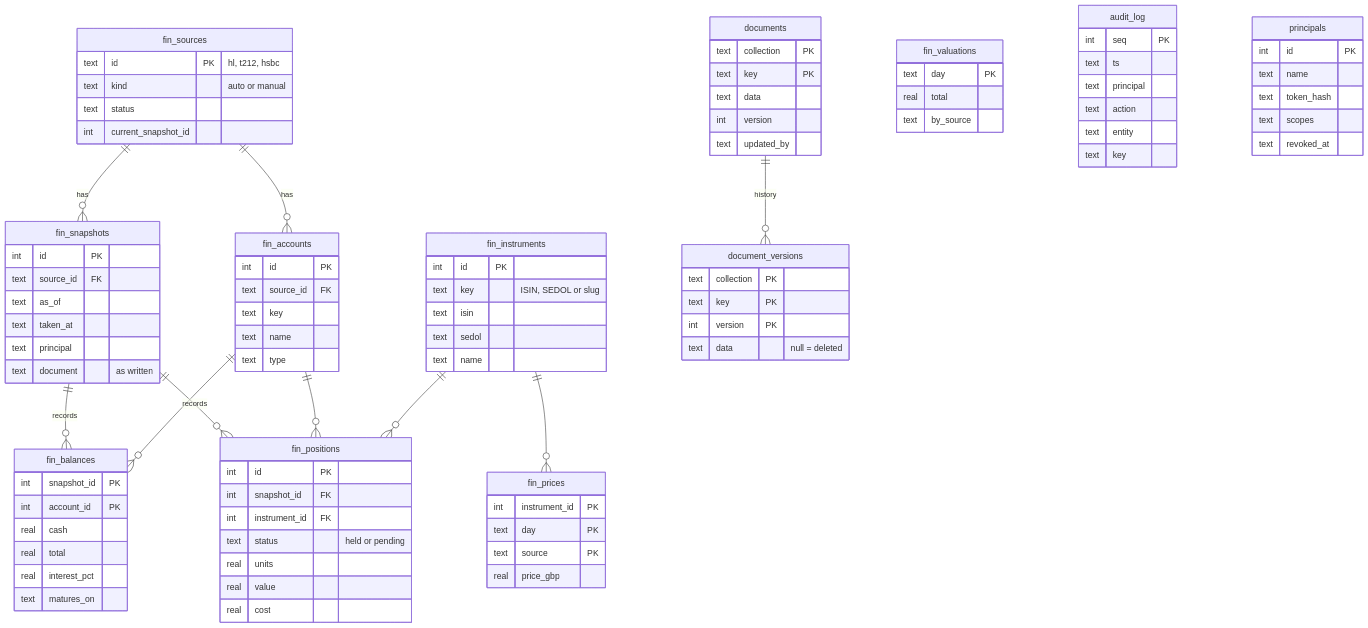
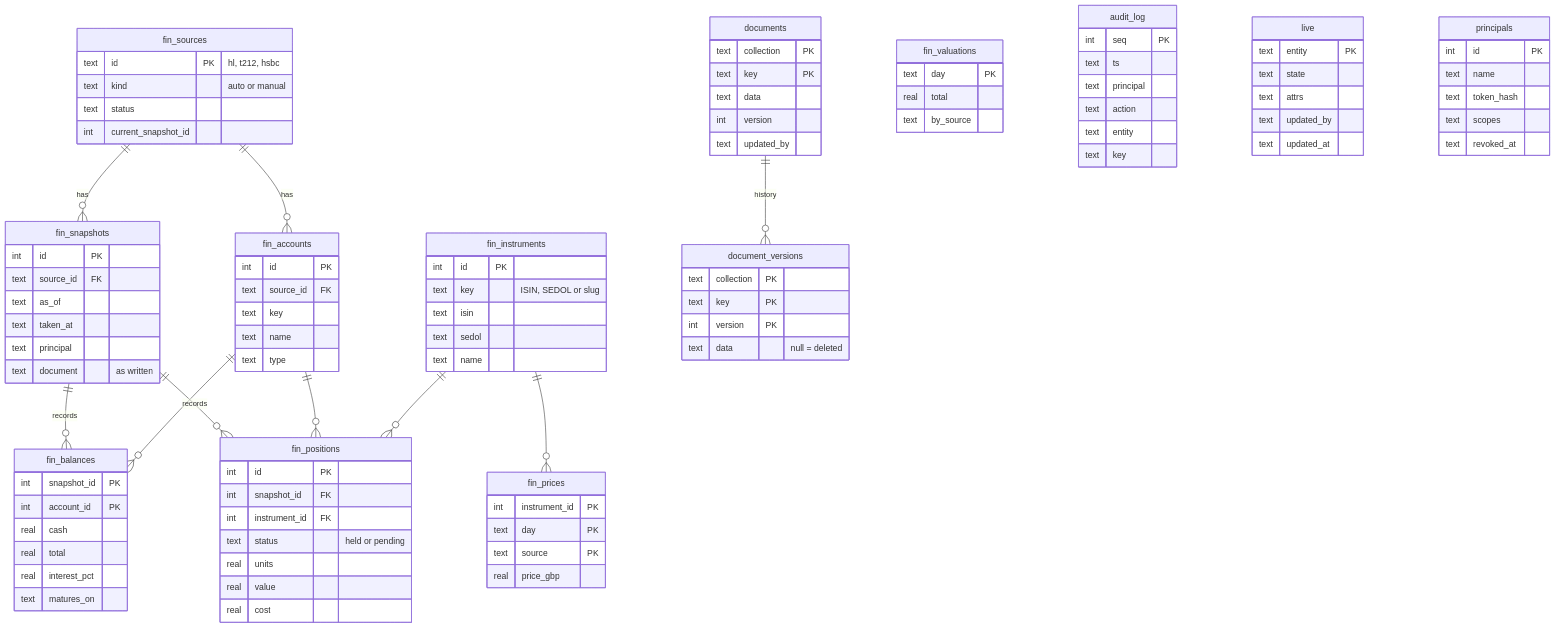
Before and after one commit to sidharrth2002/home-automation: the second of 3 diagrams in docs/core.md, drawn with Mermaid. The commit also changed other lines of this file and 13 other files, not shown here.

````diff
--- a/docs/core.md
+++ b/docs/core.md
@@ -38,25 +41,26 @@
 ```mermaid
 erDiagram
     fin_sources ||--o{ fin_snapshots : "has"
     fin_sources ||--o{ fin_accounts : "has"
     fin_snapshots ||--o{ fin_balances : "records"
     fin_snapshots ||--o{ fin_positions : "records"
     fin_accounts ||--o{ fin_balances : ""
     fin_accounts ||--o{ fin_positions : ""
     fin_instruments ||--o{ fin_positions : ""
     fin_instruments ||--o{ fin_prices : ""
     documents ||--o{ document_versions : "history"
 
     fin_sources { text id PK "hl, t212, hsbc" text kind "auto or manual" text status int current_snapshot_id }
     fin_snapshots { int id PK text source_id FK text as_of text taken_at text principal text document "as written" }
     fin_accounts { int id PK text source_id FK text key text name text type }
     fin_balances { int snapshot_id PK int account_id PK real cash real total real interest_pct text matures_on }
     fin_positions { int id PK int snapshot_id FK int instrument_id FK text status "held or pending" real units real value real cost }
     fin_instruments { int id PK text key "ISIN, SEDOL or slug" text isin text sedol text name }
     fin_prices { int instrument_id PK text day PK text source PK real price_gbp }
     fin_valuations { text day PK real total text by_source }
     documents { text collection PK text key PK text data int version text updated_by }
     document_versions { text collection PK text key PK int version PK text data "null = deleted" }
     audit_log { int seq PK text ts text principal text action text entity text key }
+    live { text entity PK text state text attrs text updated_by text updated_at }
     principals { int id PK text name text token_hash text scopes text revoked_at }
 ```
````
